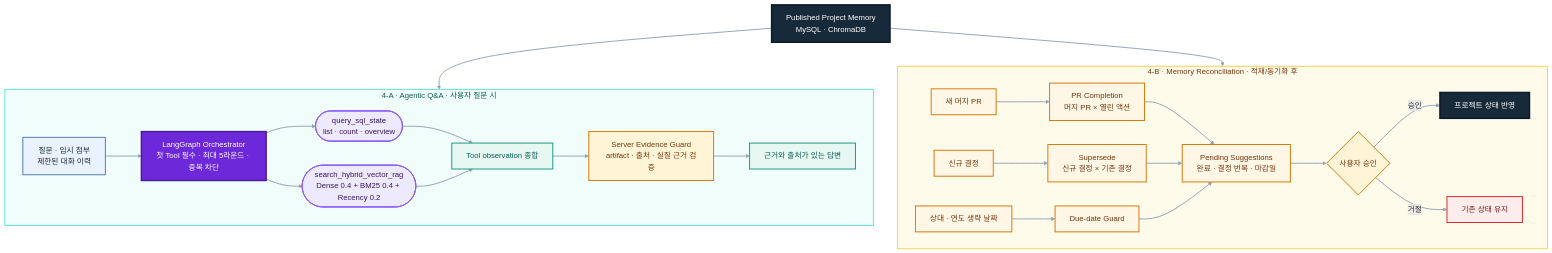
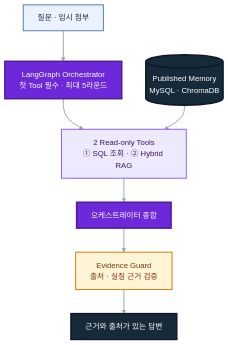
One commit to SKNETWORKS-FAMILY-AICAMP/SKN30-4th-1Team changed the third of 5 diagrams in README.md. Above: the diagram before and after it, drawn with Mermaid. The commit also changed other lines of this file, not shown here.

Commit message:
docs: simplify README diagrams for readability

````diff
--- a/README.md
+++ b/README.md
@@ -211,67 +160,33 @@
 ```mermaid
 flowchart TB
-    MEMORY["Published Project Memory<br/>MySQL · ChromaDB"]
+    REQUEST["질문 · 임시 첨부"]
+    MEMORY[("Published Memory<br/>MySQL · ChromaDB")]
+    ORCHESTRATOR["LangGraph Orchestrator<br/>첫 Tool 필수 · 최대 5라운드"]
+    TOOLS["2 Read-only Tools<br/>① SQL 조회 · ② Hybrid RAG"]
+    SYNTHESIS["오케스트레이터 종합"]
+    EVIDENCE_GUARD["Evidence Guard<br/>출처 · 실질 근거 검증"]
+    ANSWER["근거와 출처가 있는 답변"]
 
-    subgraph QA_FLOW["4-A · Agentic Q&A · 사용자 질문 시"]
-        direction LR
-        REQUEST["질문 · 임시 첨부<br/>제한된 대화 이력"]
-        ORCHESTRATOR["LangGraph Orchestrator<br/>첫 Tool 필수 · 최대 5라운드 · 중복 차단"]
-        SQL_TOOL(["query_sql_state<br/>list · count · overview"])
-        RAG_TOOL(["search_hybrid_vector_rag<br/>Dense 0.4 + BM25 0.4 + Recency 0.2"])
-        SYNTHESIS["Tool observation 종합"]
-        EVIDENCE_GUARD["Server Evidence Guard<br/>artifact · 출처 · 실질 근거 검증"]
-        ANSWER["근거와 출처가 있는 답변"]
-
-        REQUEST --> ORCHESTRATOR
-        ORCHESTRATOR --> SQL_TOOL
-        ORCHESTRATOR --> RAG_TOOL
-        SQL_TOOL --> SYNTHESIS
-        RAG_TOOL --> SYNTHESIS
-        SYNTHESIS --> EVIDENCE_GUARD --> ANSWER
-    end
-
-    subgraph RECONCILE_FLOW["4-B · Memory Reconciliation · 적재/동기화 후"]
-        direction LR
-        PR_EVENT["새 머지 PR"] --> PR_MATCH["PR Completion<br/>머지 PR × 열린 액션"]
-        DECISION_EVENT["신규 결정"] --> SUPERSEDE["Supersede<br/>신규 결정 × 기존 결정"]
-        DATE_EVENT["상대 · 연도 생략 날짜"] --> DUE_DATE["Due-date Guard"]
-        PENDING["Pending Suggestions<br/>완료 · 결정 번복 · 마감일"]
-        REVIEW{"사용자 승인"}
-        APPLY["프로젝트 상태 반영"]
-        REJECT["기존 상태 유지"]
-
-        PR_MATCH --> PENDING
-        SUPERSEDE --> PENDING
-        DUE_DATE --> PENDING
-        PENDING --> REVIEW
-        REVIEW -->|"승인"| APPLY
-        REVIEW -->|"거절"| REJECT
-    end
-
-    MEMORY --> QA_FLOW
-    MEMORY --> RECONCILE_FLOW
+    REQUEST --> ORCHESTRATOR
+    ORCHESTRATOR --> TOOLS
+    MEMORY --> TOOLS
+    TOOLS --> SYNTHESIS
+    SYNTHESIS --> EVIDENCE_GUARD
+    EVIDENCE_GUARD --> ANSWER
 
     classDef datastore fill:#172A3A,stroke:#0F172A,color:#FFFFFF,stroke-width:3px
     classDef source fill:#EAF2FF,stroke:#4F7CAC,color:#172A3A,stroke-width:2px
     classDef agent fill:#6D28D9,stroke:#4C1D95,color:#FFFFFF,stroke-width:3px
     classDef tool fill:#EDE9FE,stroke:#8B5CF6,color:#3B1768,stroke-width:2px
-    classDef evidence fill:#E7F8F2,stroke:#159A80,color:#075E54,stroke-width:2px
     classDef guard fill:#FFF4D6,stroke:#D97706,color:#78350F,stroke-width:2px
-    classDef suggestion fill:#FFF7E6,stroke:#D97706,color:#78350F,stroke-width:2px
     classDef result fill:#172A3A,stroke:#0F172A,color:#FFFFFF,stroke-width:3px
-    classDef reject fill:#FDECEC,stroke:#DC2626,color:#7F1D1D,stroke-width:2px
 
     class MEMORY datastore
     class REQUEST source
     class ORCHESTRATOR agent
-    class SQL_TOOL,RAG_TOOL tool
-    class SYNTHESIS,ANSWER evidence
-    class EVIDENCE_GUARD,REVIEW guard
-    class PR_EVENT,DECISION_EVENT,DATE_EVENT,PR_MATCH,SUPERSEDE,DUE_DATE,PENDING suggestion
-    class APPLY result
-    class REJECT reject
-
-    style QA_FLOW fill:#F0FDFA,stroke:#5EEAD4,color:#075E54,stroke-width:2px
-    style RECONCILE_FLOW fill:#FFFBEB,stroke:#FCD34D,color:#78350F,stroke-width:2px
+    class TOOLS tool
+    class SYNTHESIS agent
+    class EVIDENCE_GUARD guard
+    class ANSWER result
     linkStyle default stroke:#94A3B8,stroke-width:2px
 ```
````
